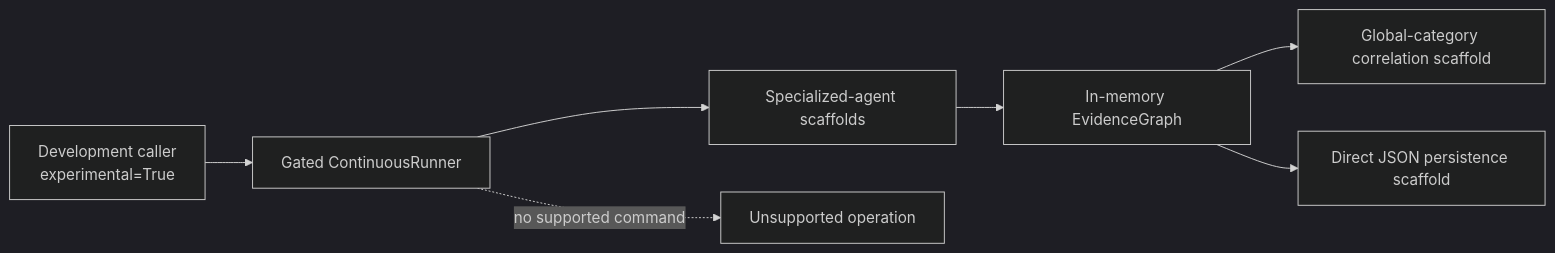
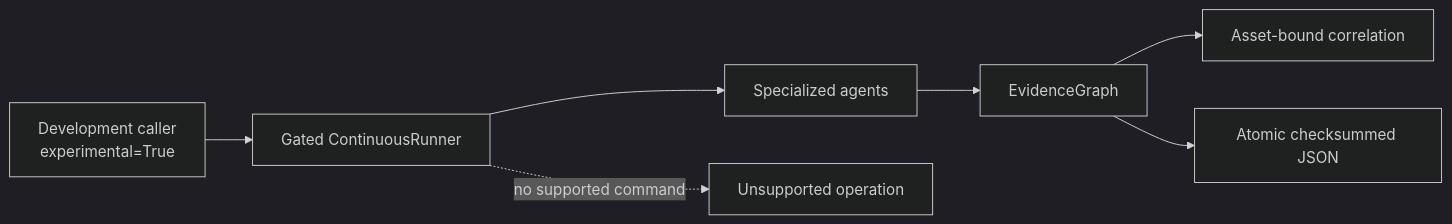
One commit to gesh75/argus changed the first of 2 diagrams in docs/V2_ARCHITECTURE.md. Above: the diagram before and after it, drawn with Mermaid (dark theme). The commit also changed other lines of this file and 26 other files, not shown here.

````diff
--- a/docs/V2_ARCHITECTURE.md
+++ b/docs/V2_ARCHITECTURE.md
@@ -9,9 +9,9 @@
 ```mermaid
 flowchart LR
     OP["Development caller<br/>experimental=True"] --> CR["Gated ContinuousRunner"]
-    CR --> SA["Specialized-agent scaffolds"]
-    SA --> EG["In-memory EvidenceGraph"]
-    EG --> CA["Global-category correlation scaffold"]
-    EG --> JP["Direct JSON persistence scaffold"]
+    CR --> SA["Specialized agents"]
+    SA --> EG["EvidenceGraph"]
+    EG --> CA["Asset-bound correlation"]
+    EG --> JP["Atomic checksummed JSON"]
     CR -. "no supported command" .-> X["Unsupported operation"]
 ```
````
